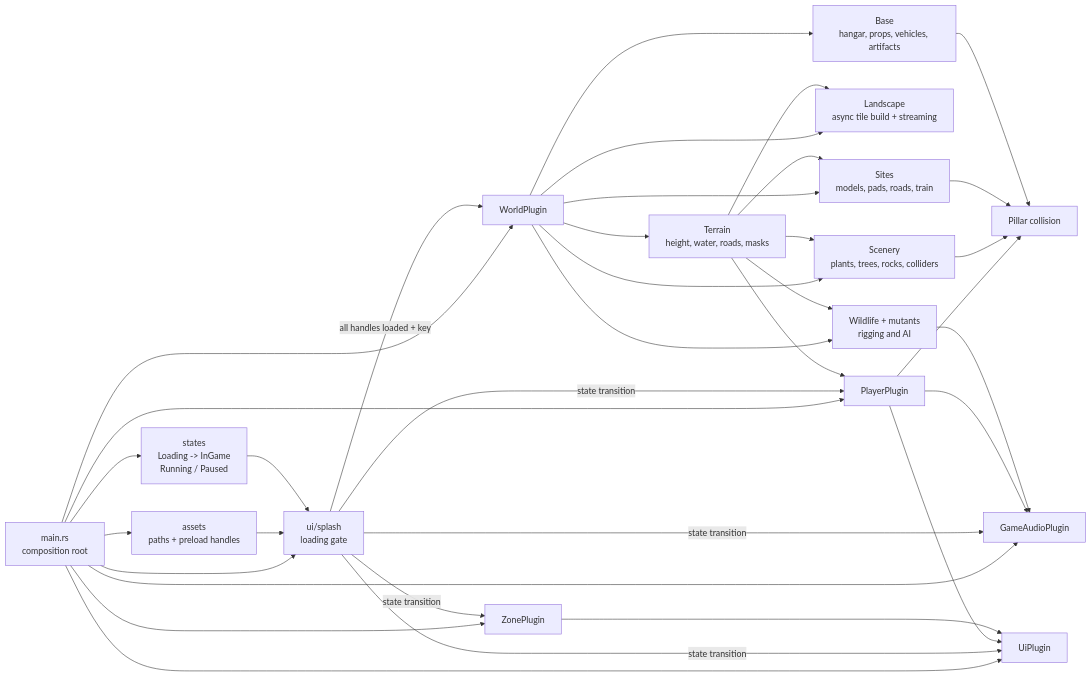
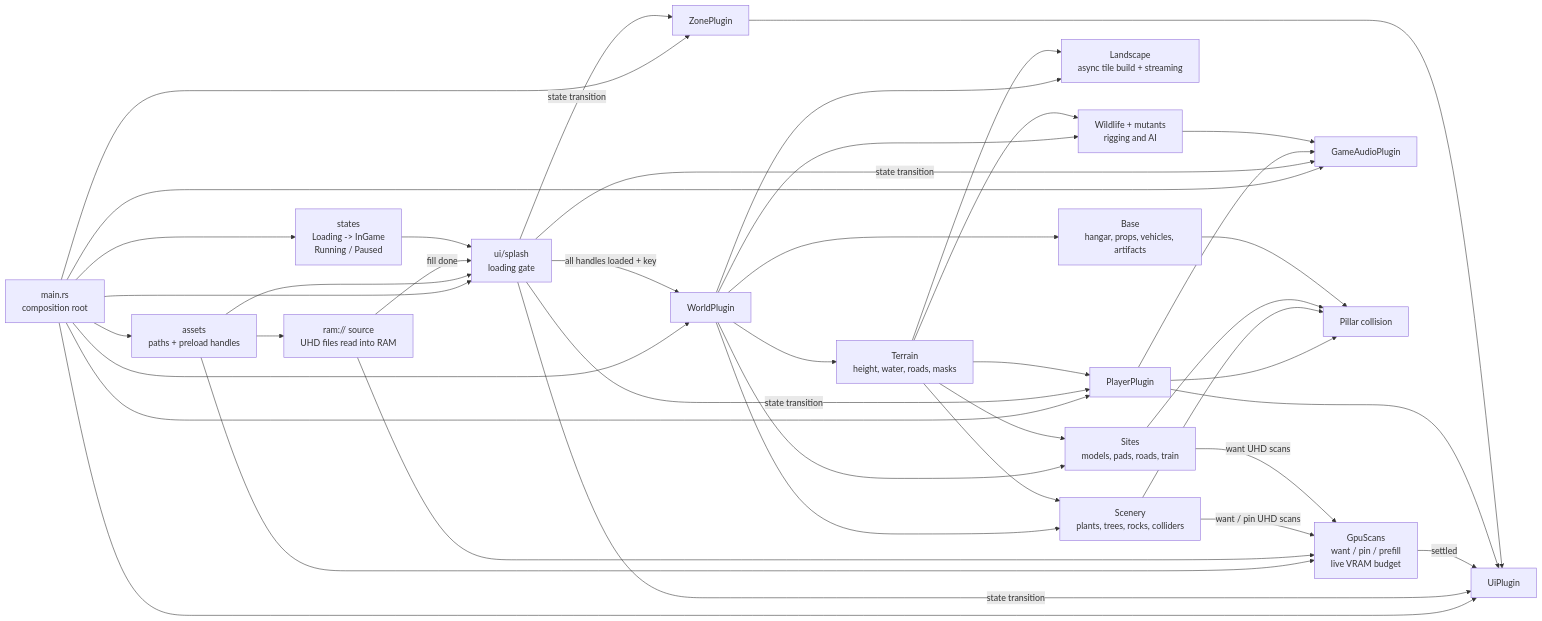
The diagram in arch-readme.md (bemcho/roadside-picnic-overwatch), drawn with Mermaid before and after one commit. The commit also changed other lines of this file and 5 other files, not shown here.

First line of the commit message:
worktree-vegetation-lod-design: measure phase 1 and document RAM and GPU streaming

````diff
--- a/arch-readme.md
+++ b/arch-readme.md
@@ -35,44 +35,52 @@
 ```mermaid
 flowchart LR
     MAIN["main.rs\ncomposition root"]
 
     MAIN --> ASSETS["assets\npaths + preload handles"]
+    ASSETS --> RAM["ram:// source\nUHD files read into RAM"]
+    ASSETS --> SCANS["GpuScans\nwant / pin / prefill\nlive VRAM budget"]
+    RAM --> SCANS
     MAIN --> STATES["states\nLoading -> InGame\nRunning / Paused"]
     MAIN --> SPLASH["ui/splash\nloading gate"]
     MAIN --> WORLD["WorldPlugin"]
     MAIN --> PLAYER["PlayerPlugin"]
     MAIN --> AUDIO["GameAudioPlugin"]
     MAIN --> ZONE["ZonePlugin"]
     MAIN --> UI["UiPlugin"]
 
     ASSETS --> SPLASH
+    RAM -->|"fill done"| SPLASH
     STATES --> SPLASH
     SPLASH -->|"all handles loaded + key"| WORLD
     SPLASH -->|"state transition"| PLAYER
     SPLASH -->|"state transition"| AUDIO
     SPLASH -->|"state transition"| ZONE
     SPLASH -->|"state transition"| UI
 
     WORLD --> TERRAIN["Terrain\nheight, water, roads, masks"]
     WORLD --> LANDSCAPE["Landscape\nasync tile build + streaming"]
     WORLD --> SCENERY["Scenery\nplants, trees, rocks, colliders"]
     WORLD --> SITES["Sites\nmodels, pads, roads, train"]
     WORLD --> WILDLIFE["Wildlife + mutants\nrigging and AI"]
     WORLD --> BASE["Base\nhangar, props, vehicles, artifacts"]
 
     TERRAIN --> LANDSCAPE
     TERRAIN --> SCENERY
     TERRAIN --> PLAYER
     TERRAIN --> WILDLIFE
     TERRAIN --> SITES
 
     PLAYER --> COLLISION["Pillar collision"]
     SCENERY --> COLLISION
     SITES --> COLLISION
     BASE --> COLLISION
 
+    SCENERY -->|"want / pin UHD scans"| SCANS
+    SITES -->|"want UHD scans"| SCANS
+    SCANS -->|"settled"| UI
+
     PLAYER --> UI
     PLAYER --> AUDIO
     WILDLIFE --> AUDIO
     ZONE --> UI
 ```
````
